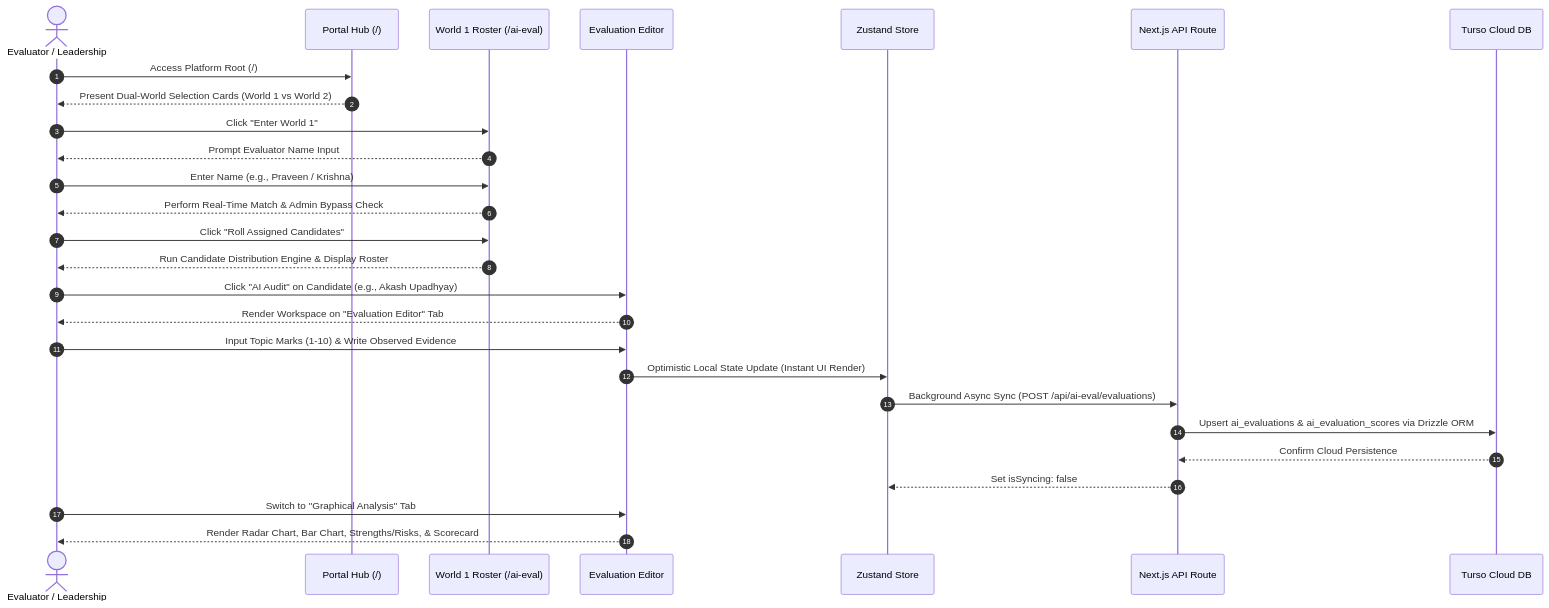
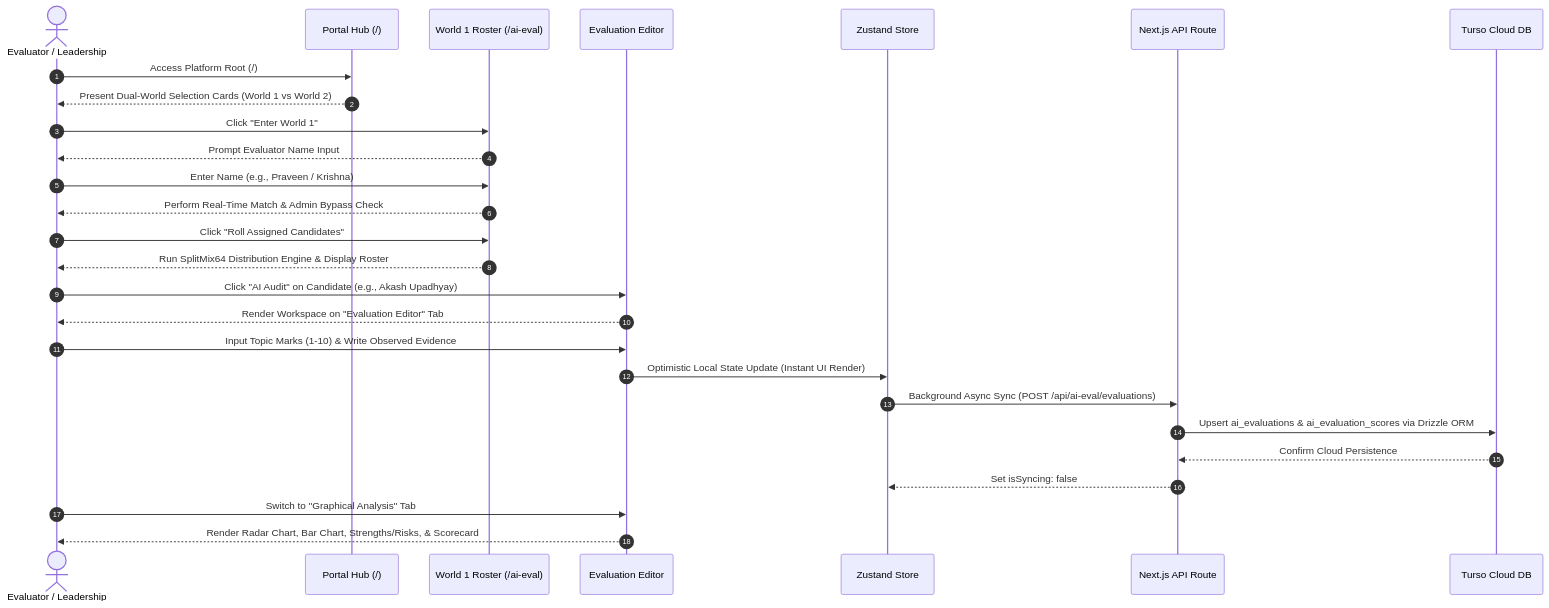
One commit to akshaykumar33/Wysbryx-Ledger changed the second of 4 diagrams in README.md. Above: the diagram before and after it, drawn with Mermaid. The commit also changed other lines of this file and 1 other file, not shown here.

Commit message:
feat(algo): upgrade candidate allocation engine to cryptographically strong SplitMix64 + FNV-1a 64-bit PRNG and update README documentation

````diff
--- a/README.md
+++ b/README.md
@@ -66,33 +66,33 @@
 ```mermaid
 sequenceDiagram
     autonumber
     actor Evaluator as Evaluator / Leadership
     participant Hub as Portal Hub (/)
     participant World1 as World 1 Roster (/ai-eval)
     participant Editor as Evaluation Editor
     participant Store as Zustand Store
     participant API as Next.js API Route
     participant DB as Turso Cloud DB
 
     Evaluator->>Hub: Access Platform Root (/)
     Hub-->>Evaluator: Present Dual-World Selection Cards (World 1 vs World 2)
     Evaluator->>World1: Click "Enter World 1"
     World1-->>Evaluator: Prompt Evaluator Name Input
     Evaluator->>World1: Enter Name (e.g., Praveen / Krishna)
     World1-->>Evaluator: Perform Real-Time Match & Admin Bypass Check
     Evaluator->>World1: Click "Roll Assigned Candidates"
-    World1-->>Evaluator: Run Candidate Distribution Engine & Display Roster
+    World1-->>Evaluator: Run SplitMix64 Distribution Engine & Display Roster
     
     Evaluator->>Editor: Click "AI Audit" on Candidate (e.g., Akash Upadhyay)
     Editor-->>Evaluator: Render Workspace on "Evaluation Editor" Tab
     
     Evaluator->>Editor: Input Topic Marks (1-10) & Write Observed Evidence
     Editor->>Store: Optimistic Local State Update (Instant UI Render)
     Store->>API: Background Async Sync (POST /api/ai-eval/evaluations)
     API->>DB: Upsert ai_evaluations & ai_evaluation_scores via Drizzle ORM
     DB-->>API: Confirm Cloud Persistence
     API-->>Store: Set isSyncing: false
     
     Evaluator->>Editor: Switch to "Graphical Analysis" Tab
     Editor-->>Evaluator: Render Radar Chart, Bar Chart, Strengths/Risks, & Scorecard
 ```
````
